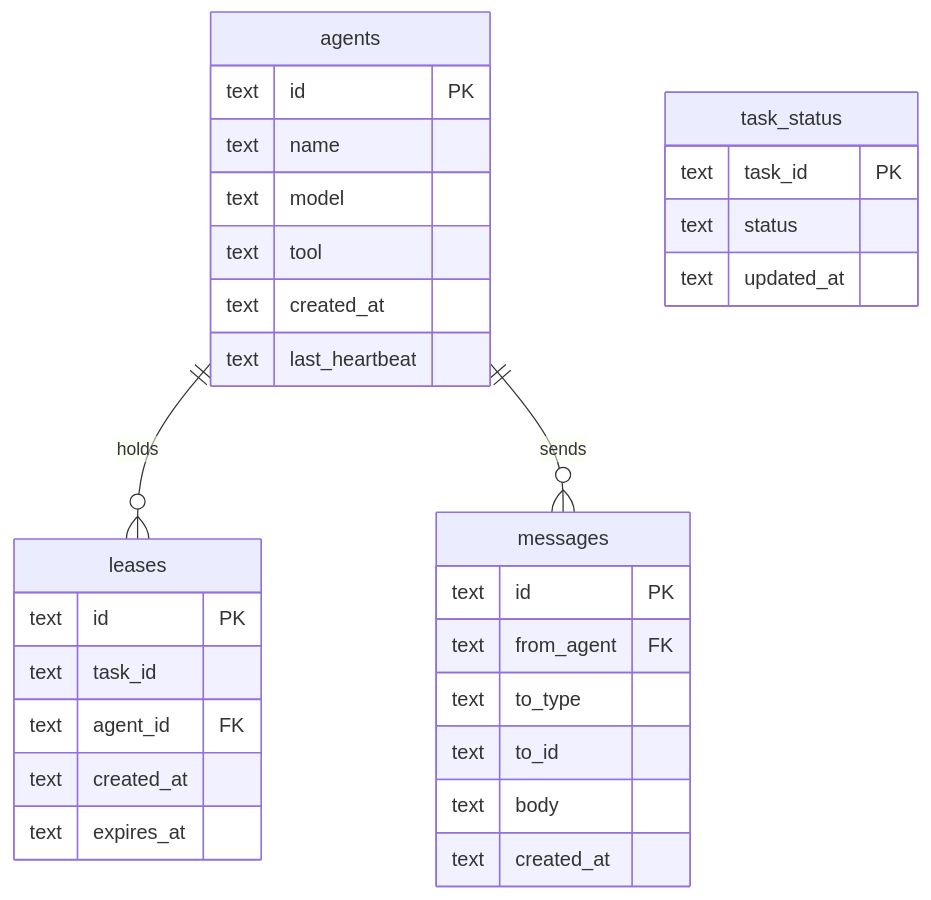
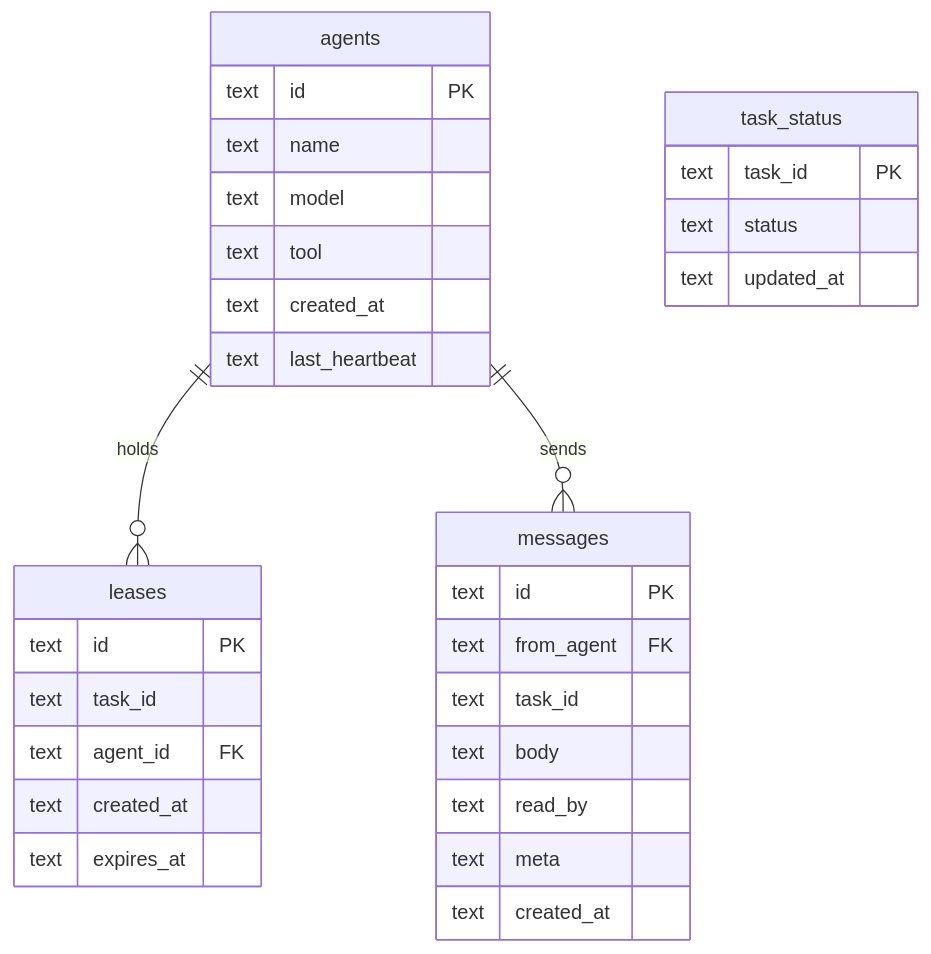
Before and after one commit to ThomasRohde/lodestar: the second of 3 diagrams in docs/concepts/two-plane-model.md, drawn with Mermaid. The commit also changed 8 other files, not shown here.

````diff
--- a/docs/concepts/two-plane-model.md
+++ b/docs/concepts/two-plane-model.md
@@ -86,37 +86,38 @@
 ```mermaid
 erDiagram
     agents {
         text id PK
         text name
         text model
         text tool
         text created_at
         text last_heartbeat
     }
 
     leases {
         text id PK
         text task_id
         text agent_id FK
         text created_at
         text expires_at
     }
 
     messages {
         text id PK
         text from_agent FK
-        text to_type
-        text to_id
+        text task_id
         text body
+        text read_by
+        text meta
         text created_at
     }
 
     task_status {
         text task_id PK
         text status
         text updated_at
     }
 
     agents ||--o{ leases : holds
     agents ||--o{ messages : sends
 ```
````
